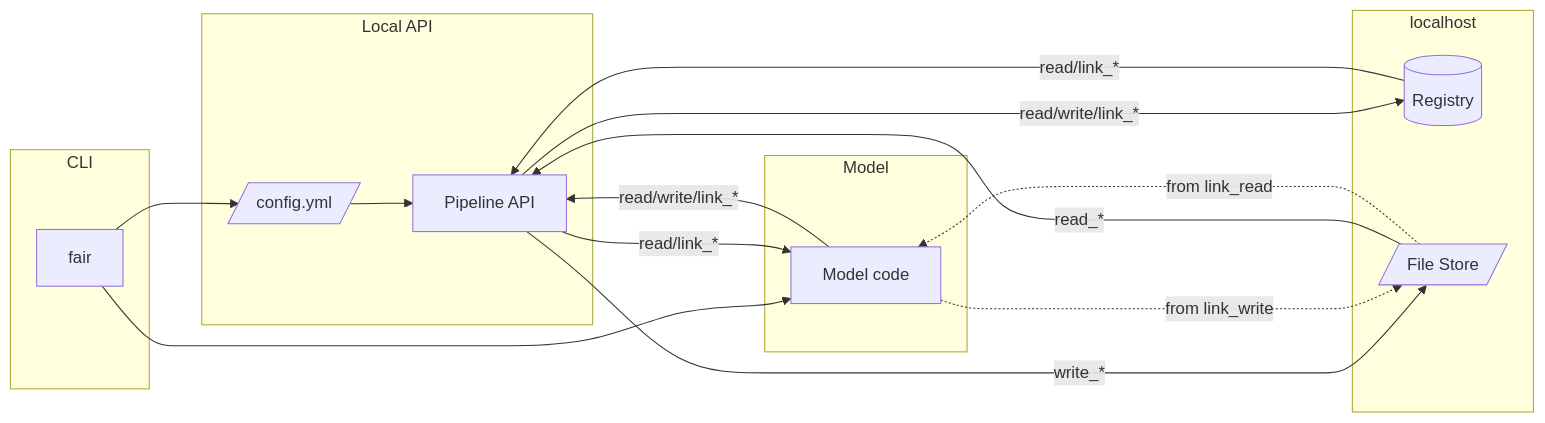
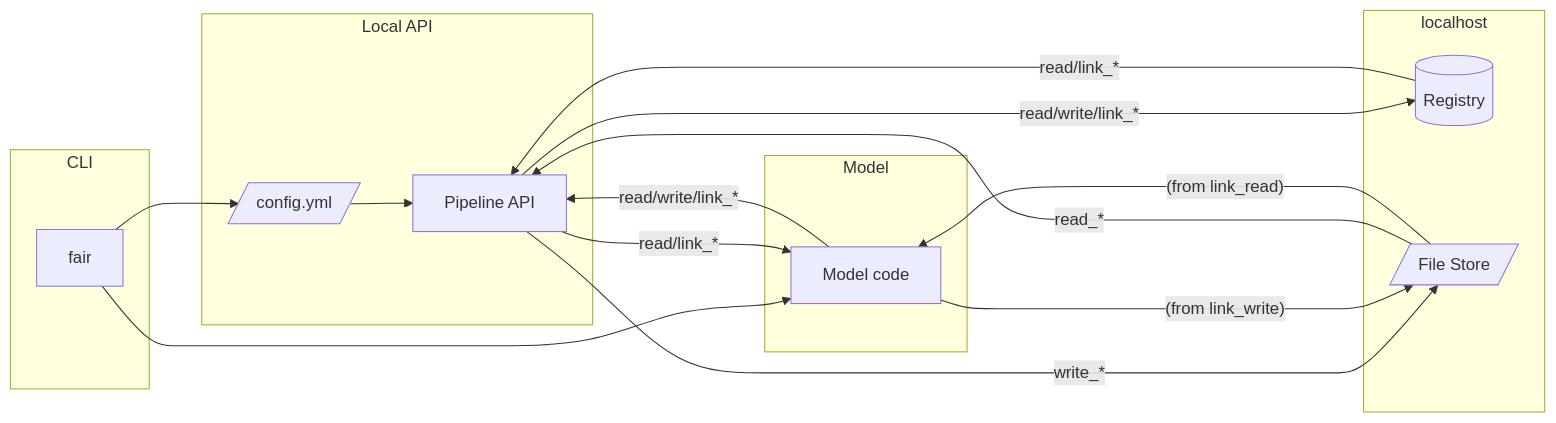
One commit to FAIRDataPipeline/hugo_source_files changed the first of 2 diagrams in content/_index.md. Above: the diagram before and after it, drawn with Mermaid.

Commit message:
change links

```diff
--- a/content/_index.md
+++ b/content/_index.md
@@ -23,30 +23,30 @@
 {{<mermaid align="left">}}
 graph LR;
     subgraph CLI
         fair
     end
     subgraph Local API
         API[Pipeline API]
         CY[/config.yml/]
     end
     subgraph localhost
         LR[(Registry)]
         FS[/File Store/]
     end
     subgraph Model
         MC[Model code]
     end
  
     fair --> CY --> API
 
     fair --> MC
 
     MC --> |read/write/link_*| API --> |read/write/link_*| LR
     LR --> |read/link_*| API --> |read/link_*| MC
     API --> |write_*| FS
     FS  --> |read_*| API
 
-    MC -...-> |from link_write|FS
-    FS -...-> |from link_read|MC
+    MC ----> |"(from link_write)"|FS
+    FS ----> |"(from link_read)"|MC
 
 {{< /mermaid >}}
```
